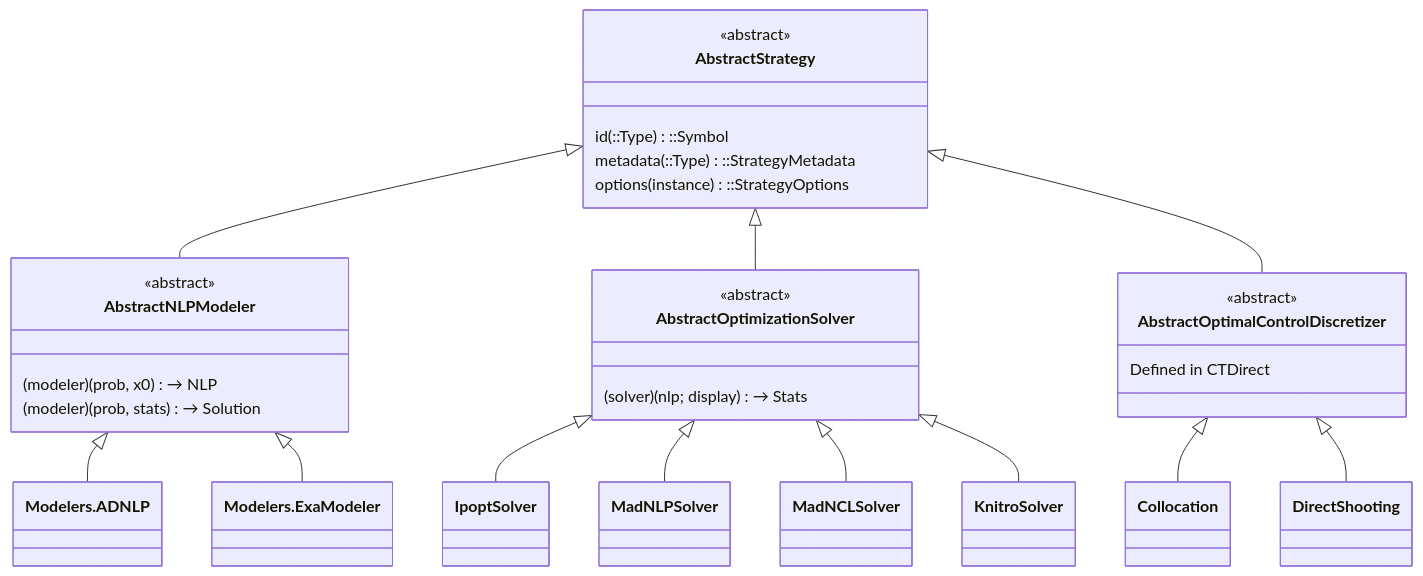
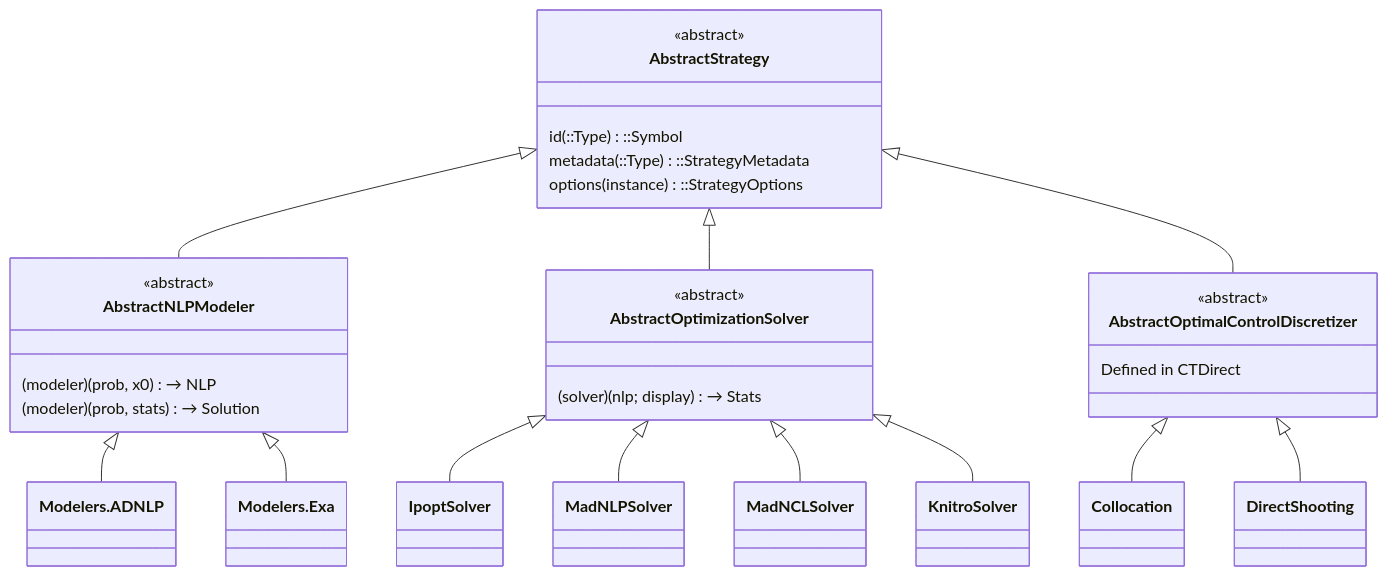
Before and after one commit to control-toolbox/CTSolvers.jl: the first of 6 diagrams in docs/src/architecture.md, drawn with Mermaid. The commit also changed other lines of this file and 23 other files, not shown here.

First line of the commit message:
refactor: rename ExaModeler to Exa throughout codebase

````diff
--- a/docs/src/architecture.md
+++ b/docs/src/architecture.md
@@ -44,38 +44,38 @@
 ```mermaid
 classDiagram
     direction TB
     class AbstractStrategy {
         <<abstract>>
         id(::Type)::Symbol
         metadata(::Type)::StrategyMetadata
         options(instance)::StrategyOptions
     }
 
     AbstractStrategy <|-- AbstractNLPModeler
     AbstractStrategy <|-- AbstractOptimizationSolver
     AbstractStrategy <|-- AbstractOptimalControlDiscretizer
 
     class AbstractNLPModeler {
         <<abstract>>
         (modeler)(prob, x0) → NLP
         (modeler)(prob, stats) → Solution
     }
     AbstractNLPModeler <|-- Modelers.ADNLP
-    AbstractNLPModeler <|-- Modelers.ExaModeler
+    AbstractNLPModeler <|-- Modelers.Exa
 
     class AbstractOptimizationSolver {
         <<abstract>>
         (solver)(nlp; display) → Stats
     }
     AbstractOptimizationSolver <|-- IpoptSolver
     AbstractOptimizationSolver <|-- MadNLPSolver
     AbstractOptimizationSolver <|-- MadNCLSolver
     AbstractOptimizationSolver <|-- KnitroSolver
 
     class AbstractOptimalControlDiscretizer {
         <<abstract>>
         Defined in CTDirect
     }
     AbstractOptimalControlDiscretizer <|-- Collocation
     AbstractOptimalControlDiscretizer <|-- DirectShooting
 ```
````
